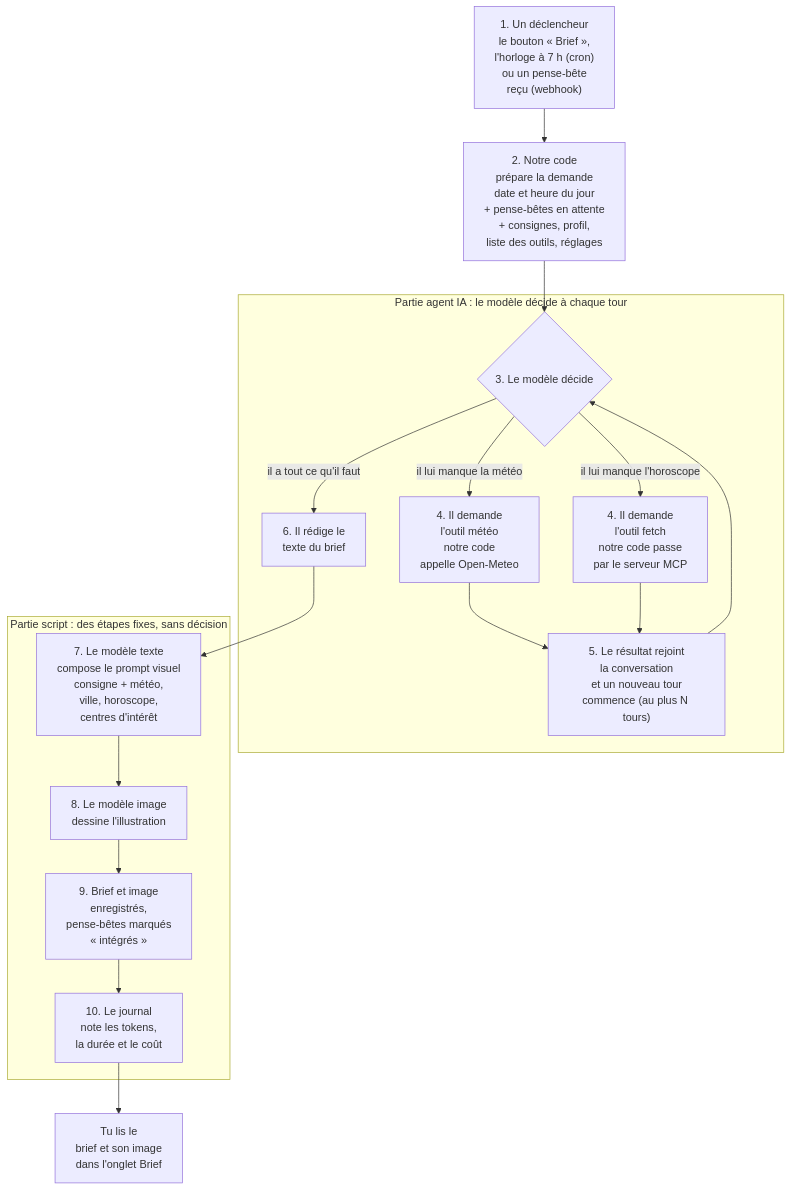
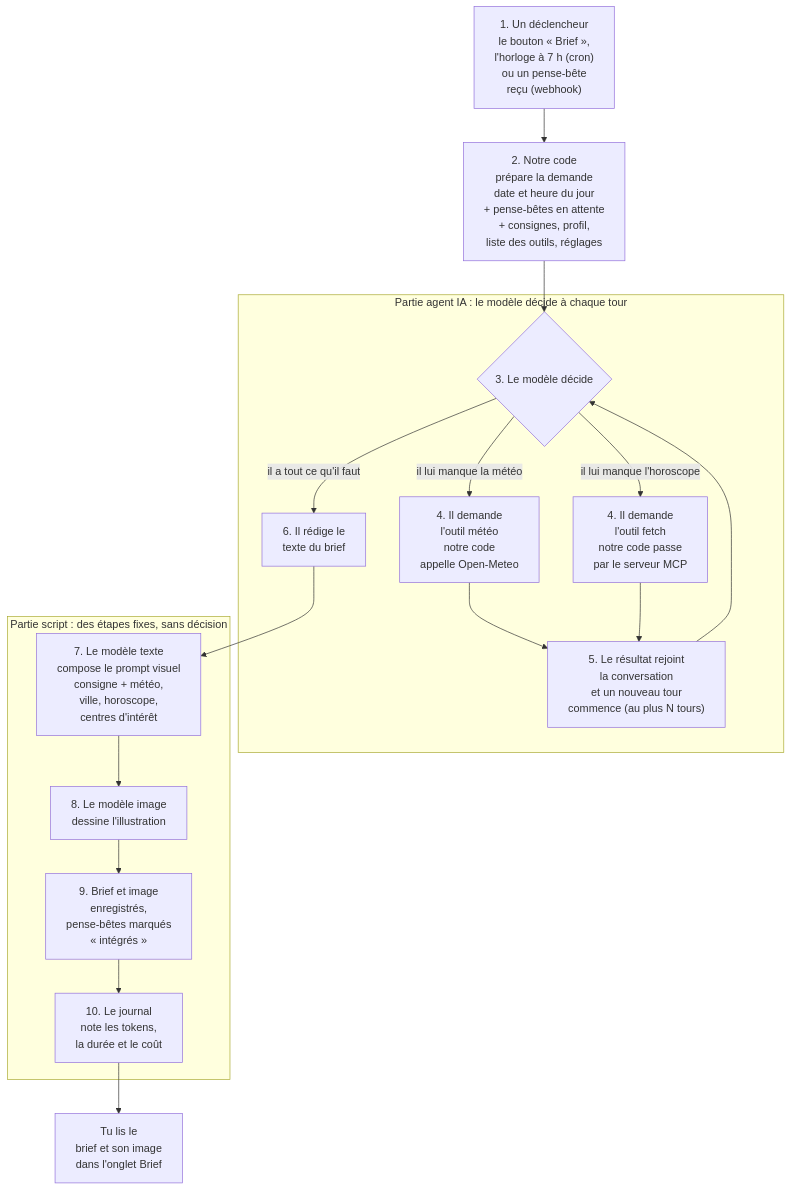
One commit to lecinquiemejour-code/goodvibe-tuto changed the second of 4 diagrams in README.md. Above: the diagram before and after it, drawn with Mermaid. The commit also changed other lines of this file, not shown here.

First line of the commit message:
docs(readme) : réglage Mermaid wrappingWidth sur les 4 schémas, contre le texte coupé sur GitHub à certaines échelles d'écran

````diff
--- a/README.md
+++ b/README.md
@@ -65,22 +66,23 @@
 ```mermaid
+%%{init: {"flowchart": {"wrappingWidth": 600}}}%%
 flowchart TD
     D["1. Un déclencheur<br/>le bouton « Brief »,<br/>l'horloge à 7 h (cron)<br/>ou un pense-bête<br/>reçu (webhook)"] --> P
     P["2. Notre code<br/>prépare la demande<br/>date et heure du jour<br/>+ pense-bêtes en attente<br/>+ consignes, profil,<br/>liste des outils, réglages"] --> M
     subgraph A["Partie agent IA : le modèle décide à chaque tour"]
         M{"3. Le modèle décide"}
         M -- "il lui manque la météo" --> O1["4. Il demande<br/>l'outil météo<br/>notre code<br/>appelle Open-Meteo"]
         M -- "il lui manque l'horoscope" --> O2["4. Il demande<br/>l'outil fetch<br/>notre code passe<br/>par le serveur MCP"]
         O1 --> R["5. Le résultat rejoint<br/>la conversation<br/>et un nouveau tour<br/>commence (au plus N tours)"]
         O2 --> R
         R --> M
         M -- "il a tout ce qu'il faut" --> T["6. Il rédige le<br/>texte du brief"]
     end
     T --> I1
     subgraph S["Partie script : des étapes fixes, sans décision"]
         I1["7. Le modèle texte<br/>compose le prompt visuel<br/>consigne + météo,<br/>ville, horoscope,<br/>centres d'intérêt"]
         I1 --> I2["8. Le modèle image<br/>dessine l'illustration"]
         I2 --> E["9. Brief et image<br/>enregistrés,<br/>pense-bêtes marqués<br/>« intégrés »"]
         E --> J["10. Le journal<br/>note les tokens,<br/>la durée et le coût"]
     end
     J --> V["Tu lis le<br/>brief et son image<br/>dans l'onglet Brief"]
 ```
````
